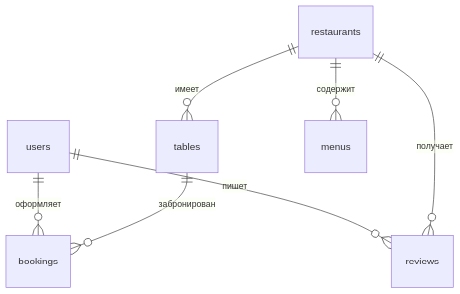
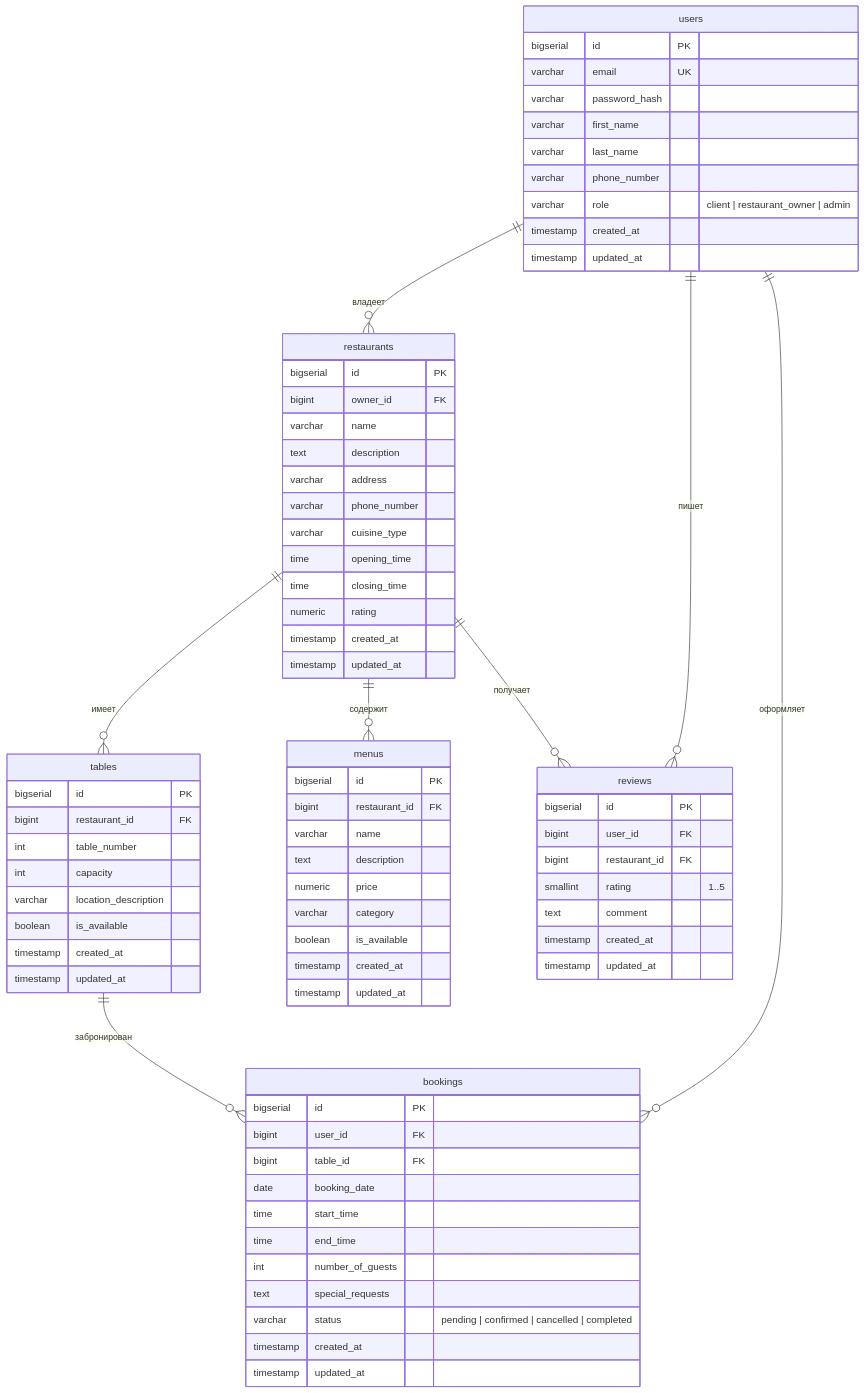
One commit to mezhendosina/ITMO-ACS-Backend-2026-A changed the diagram in БР1.2/Меньшенин Евгений/homeworks/hw1/database_design.md. Above: the diagram before and after it, drawn with Mermaid. The commit also changed other lines of this file and 1 other file, not shown here.

````diff
--- a/БР1.2/Меньшенин Евгений/homeworks/hw1/database_design.md
+++ b/БР1.2/Меньшенин Евгений/homeworks/hw1/database_design.md
@@ -7,9 +7,84 @@
 ```mermaid
 erDiagram
+    users {
+        bigserial id PK
+        varchar email UK
+        varchar password_hash
+        varchar first_name
+        varchar last_name
+        varchar phone_number
+        varchar role "client | restaurant_owner | admin"
+        timestamp created_at
+        timestamp updated_at
+    }
+
+    restaurants {
+        bigserial id PK
+        bigint owner_id FK
+        varchar name
+        text description
+        varchar address
+        varchar phone_number
+        varchar cuisine_type
+        time opening_time
+        time closing_time
+        numeric rating
+        timestamp created_at
+        timestamp updated_at
+    }
+
+    tables {
+        bigserial id PK
+        bigint restaurant_id FK
+        int table_number
+        int capacity
+        varchar location_description
+        boolean is_available
+        timestamp created_at
+        timestamp updated_at
+    }
+
+    bookings {
+        bigserial id PK
+        bigint user_id FK
+        bigint table_id FK
+        date booking_date
+        time start_time
+        time end_time
+        int number_of_guests
+        text special_requests
+        varchar status "pending | confirmed | cancelled | completed"
+        timestamp created_at
+        timestamp updated_at
+    }
+
+    menus {
+        bigserial id PK
+        bigint restaurant_id FK
+        varchar name
+        text description
+        numeric price
+        varchar category
+        boolean is_available
+        timestamp created_at
+        timestamp updated_at
+    }
+
+    reviews {
+        bigserial id PK
+        bigint user_id FK
+        bigint restaurant_id FK
+        smallint rating "1..5"
+        text comment
+        timestamp created_at
+        timestamp updated_at
+    }
+
     users ||--o{ bookings : "оформляет"
     tables ||--o{ bookings : "забронирован"
     restaurants ||--o{ tables : "имеет"
     restaurants ||--o{ menus : "содержит"
     users ||--o{ reviews : "пишет"
     restaurants ||--o{ reviews : "получает"
+    users ||--o{ restaurants : "владеет"
 ```
````
